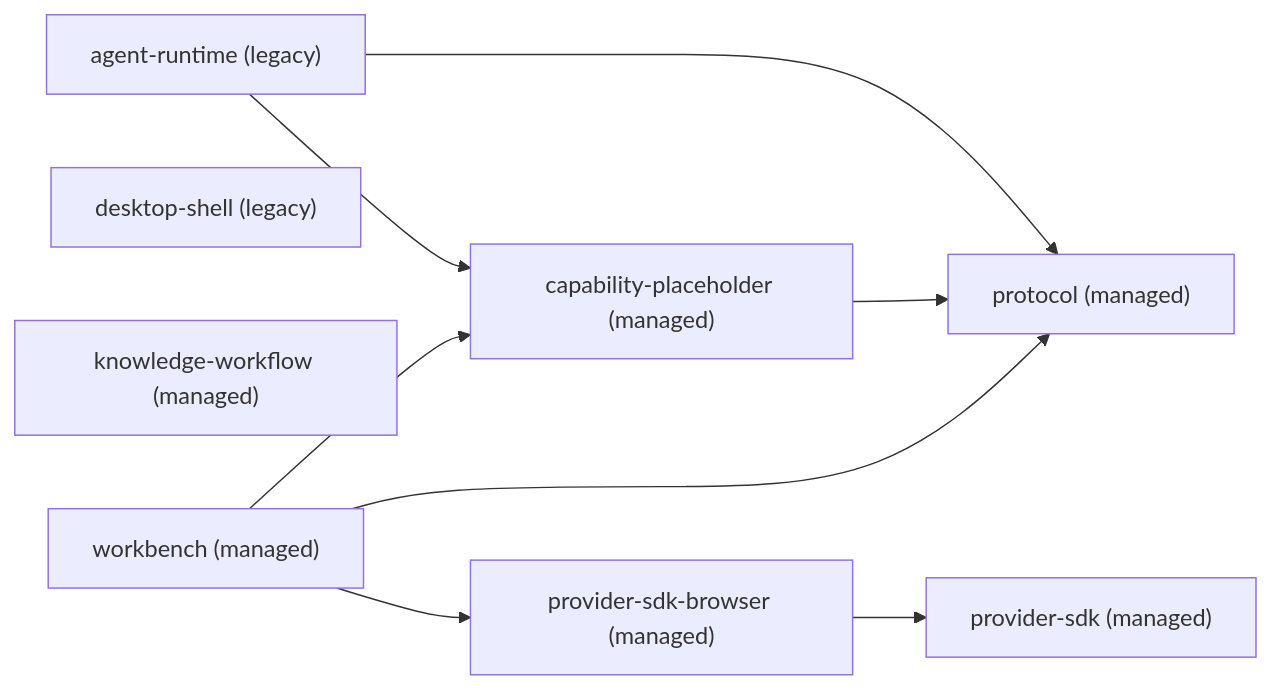
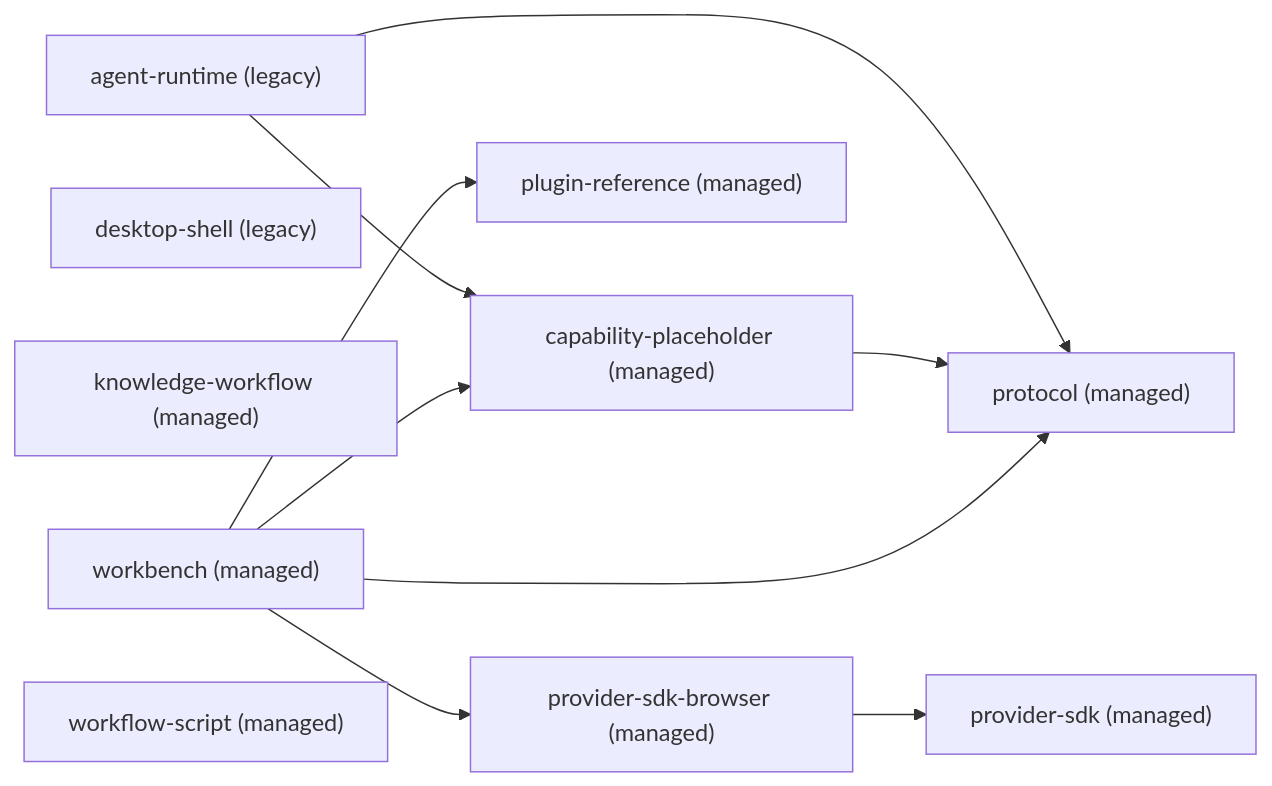
One commit to bear20252026/b07-build changed the diagram in dependency-graph.mmd. Above: the diagram before and after it, drawn with Mermaid. The commit also changed 180 other files, not shown here.

```diff
--- a/dependency-graph.mmd
+++ b/dependency-graph.mmd
@@ -1,18 +1,21 @@
 %% 架构模块依赖图：由 `npm run architecture:graph` 生成，请勿手工编辑。
 %% managed = 受 architecture-policy.yaml 强校验；legacy = 存量模块，仅记录。
 graph LR
   m_agent_runtime["agent-runtime (legacy)"]
   m_capability_placeholder["capability-placeholder (managed)"]
   m_desktop_shell["desktop-shell (legacy)"]
   m_knowledge_workflow["knowledge-workflow (managed)"]
+  m_plugin_reference["plugin-reference (managed)"]
   m_protocol["protocol (managed)"]
   m_provider_sdk["provider-sdk (managed)"]
   m_provider_sdk_browser["provider-sdk-browser (managed)"]
   m_workbench["workbench (managed)"]
+  m_workflow_script["workflow-script (managed)"]
   m_agent_runtime --> m_capability_placeholder
   m_agent_runtime --> m_protocol
   m_capability_placeholder --> m_protocol
   m_provider_sdk_browser --> m_provider_sdk
   m_workbench --> m_capability_placeholder
+  m_workbench --> m_plugin_reference
   m_workbench --> m_protocol
   m_workbench --> m_provider_sdk_browser
```
